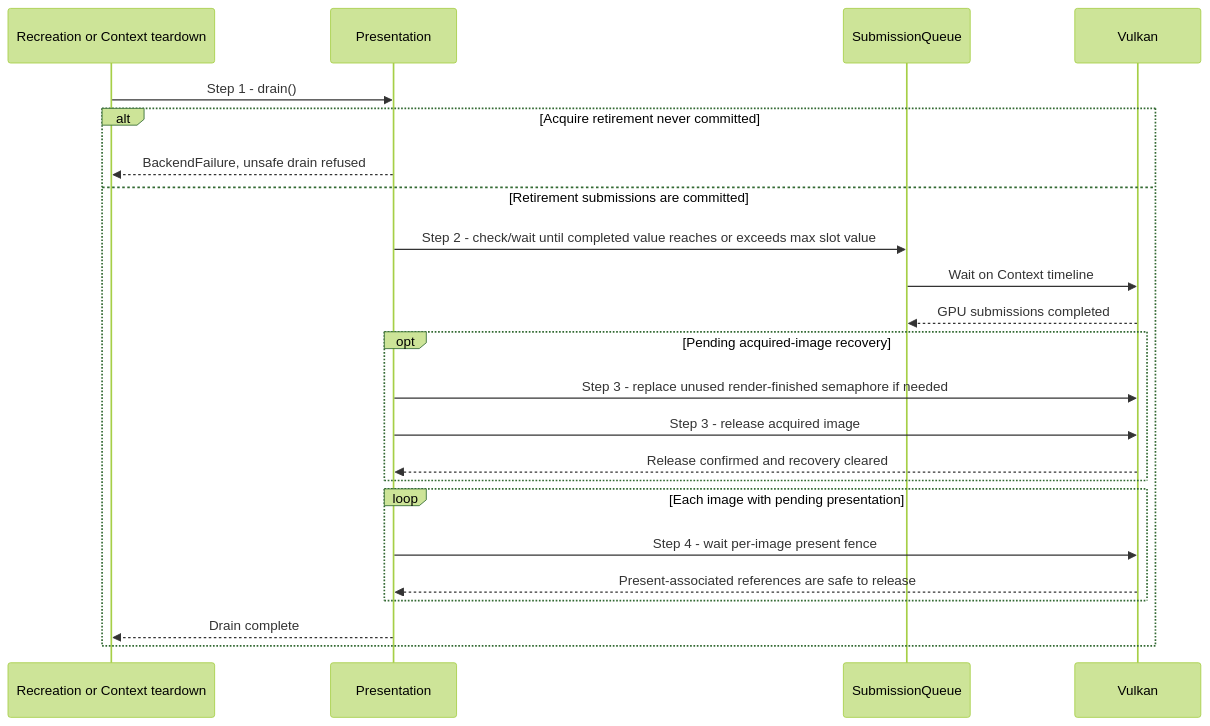
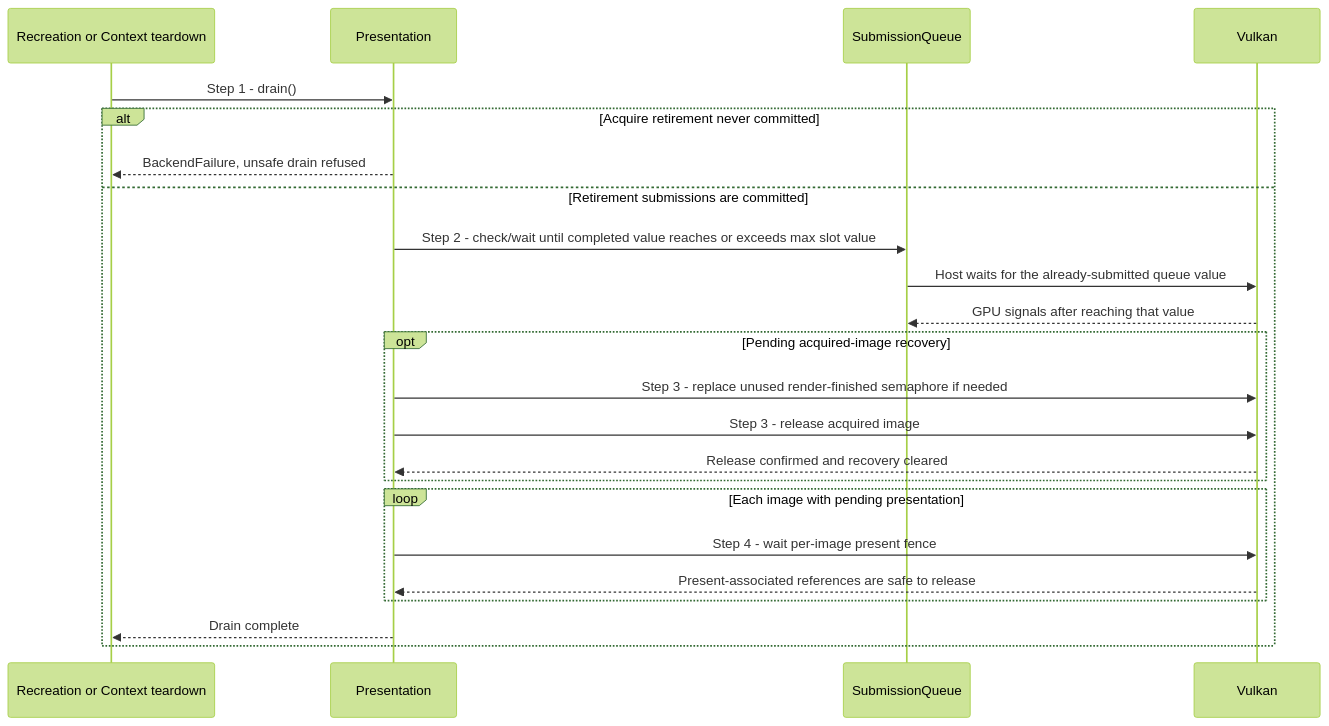
The diagram in docs/use-cases/drain-presentation.md (a-soltysik/Panda), drawn with Mermaid (forest theme) before and after one commit. The commit also changed other lines of this file and 10 other files, not shown here.

Commit message:
Document swapchain recreation and Context shutdown flows (#80)

````diff
--- a/docs/use-cases/drain-presentation.md
+++ b/docs/use-cases/drain-presentation.md
@@ -30,25 +30,25 @@
 ```mermaid
 sequenceDiagram
     participant R as Recreation or Context teardown
     participant P as Presentation
     participant Q as SubmissionQueue
     participant V as Vulkan
     R->>P: Step 1 - drain()
     alt Acquire retirement never committed
         P-->>R: BackendFailure, unsafe drain refused
     else Retirement submissions are committed
         P->>Q: Step 2 - check/wait until completed value reaches or exceeds max slot value
-        Q->>V: Wait on Context timeline
-        V-->>Q: GPU submissions completed
+        Q->>V: Host waits for the already-submitted queue value
+        V-->>Q: GPU signals after reaching that value
         opt Pending acquired-image recovery
             P->>V: Step 3 - replace unused render-finished semaphore if needed
             P->>V: Step 3 - release acquired image
             V-->>P: Release confirmed and recovery cleared
         end
         loop Each image with pending presentation
             P->>V: Step 4 - wait per-image present fence
             V-->>P: Present-associated references are safe to release
         end
         P-->>R: Drain complete
     end
 ```
````
